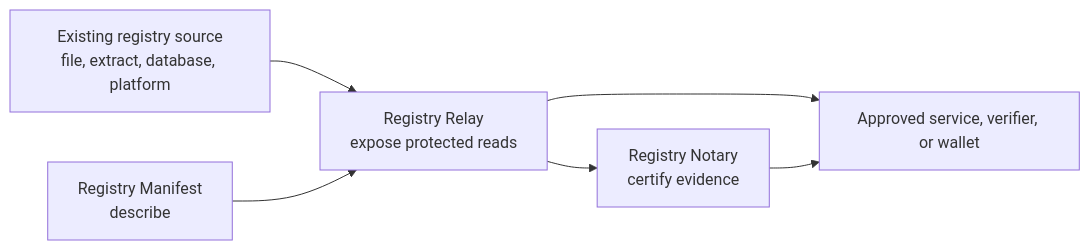
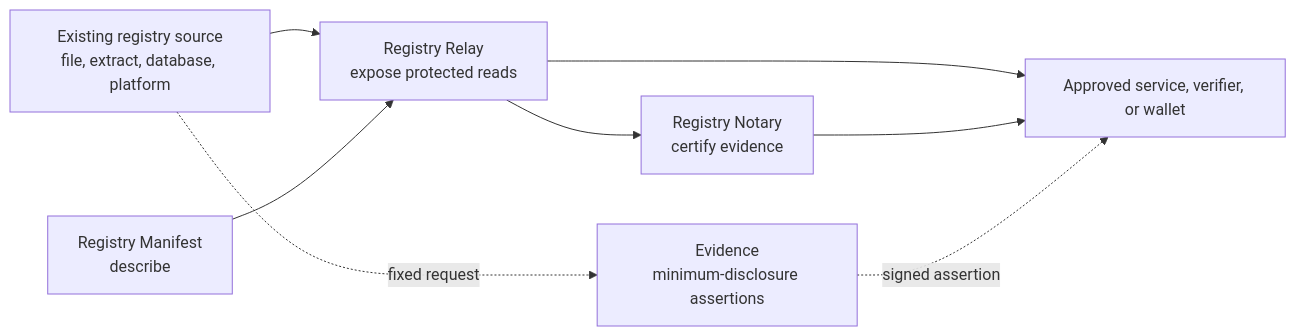
The diagram in README.md (registrystack/registry-stack), drawn with Mermaid before and after one commit. The commit also changed other lines of this file and 244 other files, not shown here.

````diff
--- a/README.md
+++ b/README.md
@@ -51,14 +56,17 @@
 ```mermaid
 flowchart LR
     source["Existing registry source<br/>file, extract, database, platform"]
     manifest["Registry Manifest<br/>describe"]
     relay["Registry Relay<br/>expose protected reads"]
     notary["Registry Notary<br/>certify evidence"]
+    evidence["Evidence<br/>minimum-disclosure assertions"]
     caller["Approved service, verifier, or wallet"]
 
     source --> relay
     manifest --> relay
     relay --> caller
     relay --> notary
     notary --> caller
+    source -. fixed request .-> evidence
+    evidence -. signed assertion .-> caller
 ```
````
